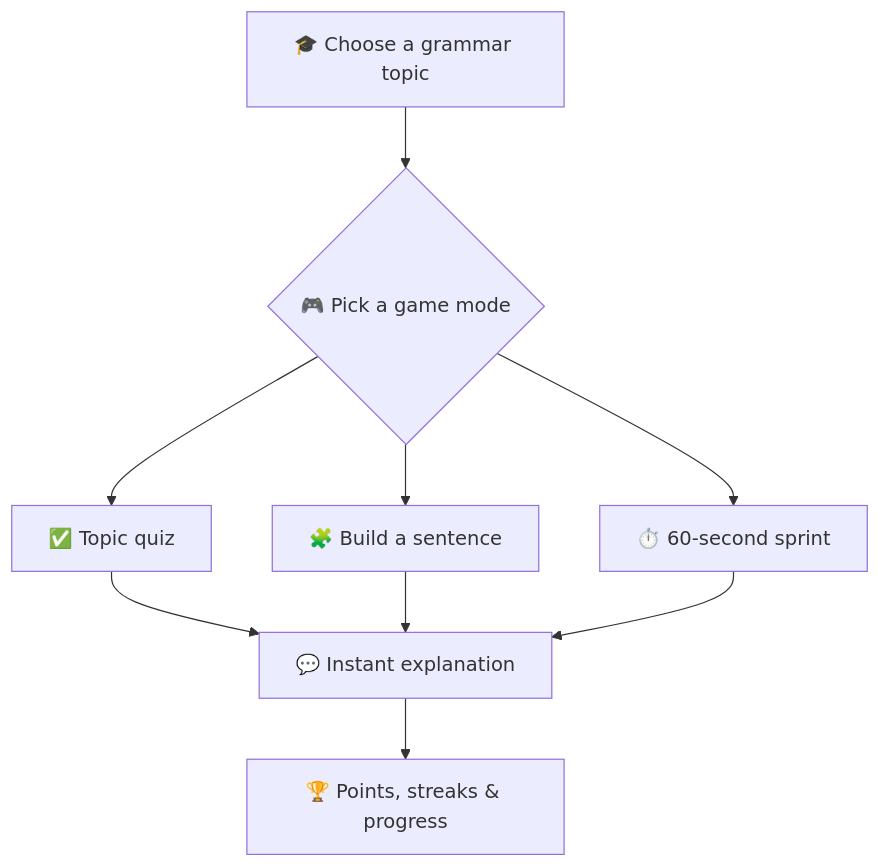
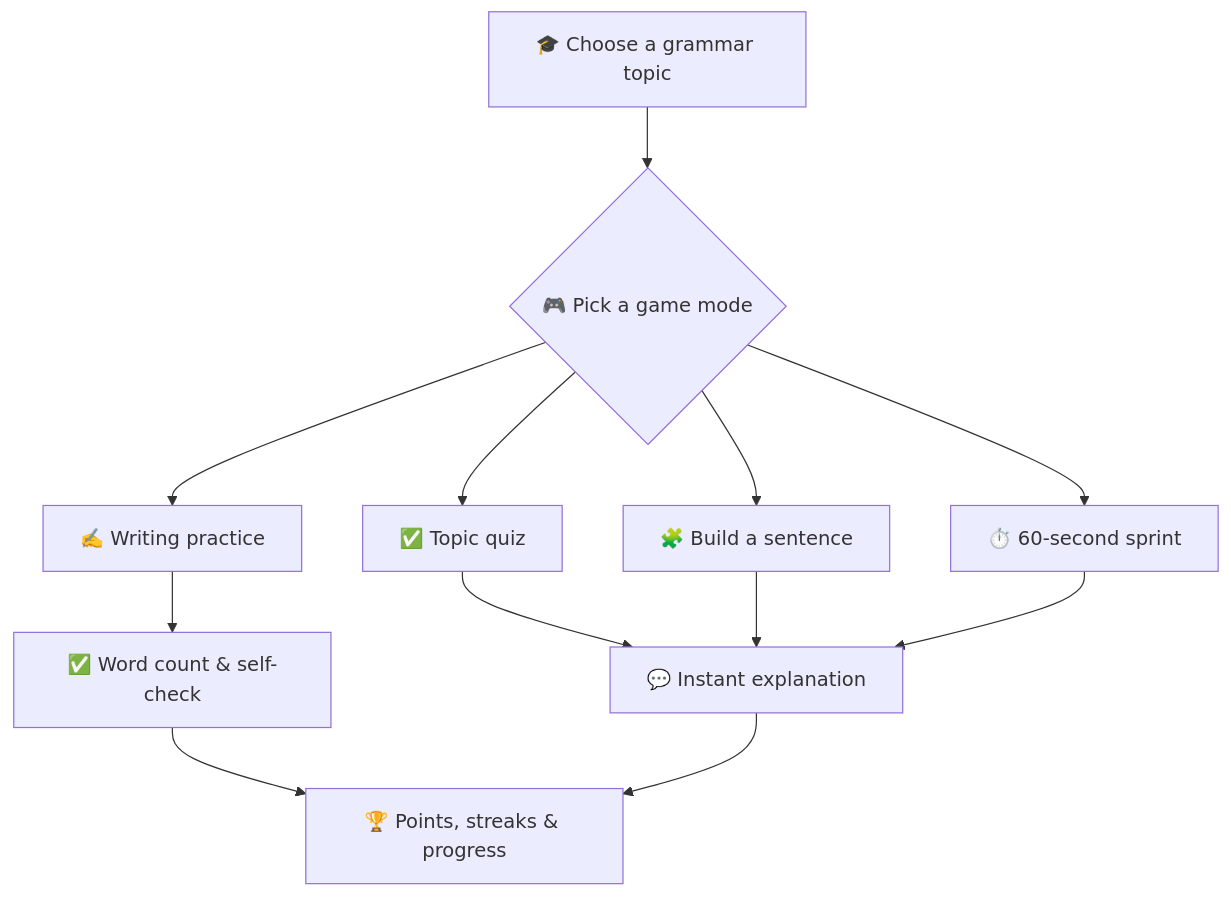
The diagram in README.md (alketcecaj12/dansk_grammatik_traening_app), drawn with Mermaid before and after one commit. The commit also changed other lines of this file, not shown here.

````diff
--- a/README.md
+++ b/README.md
@@ -33,11 +33,14 @@
 ```mermaid
 flowchart TD
     A["🎓 Choose a grammar topic"] --> B{"🎮 Pick a game mode"}
     B --> C["✅ Topic quiz"]
     B --> D["🧩 Build a sentence"]
     B --> E["⏱️ 60-second sprint"]
+    B --> H["✍️ Writing practice"]
     C --> F["💬 Instant explanation"]
     D --> F
     E --> F
+    H --> I["✅ Word count & self-check"]
+    I --> G
     F --> G["🏆 Points, streaks & progress"]
 ```
````
